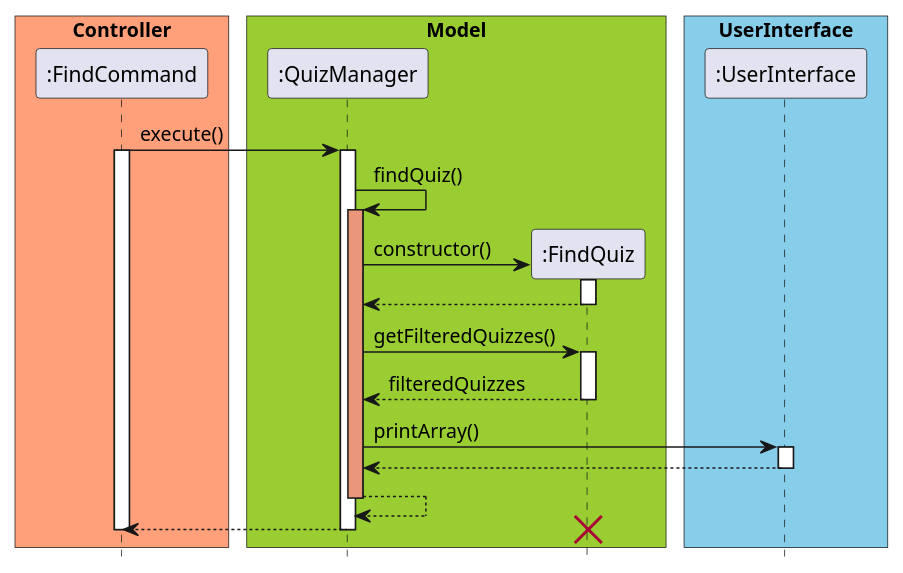
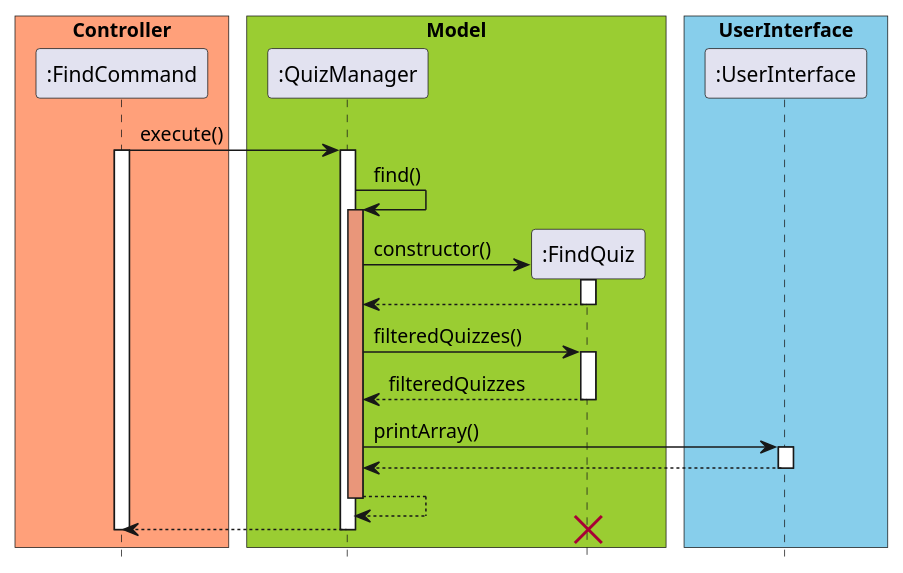
One commit to untitle4/tp changed the diagram in docs/plantuml/FindQuiz.puml. Above: the diagram before and after it, drawn with PlantUML. The commit also changed 4 other files, not shown here.

Commit message:
Update quiz UML diagrams for DG

```diff
--- a/docs/plantuml/FindQuiz.puml
+++ b/docs/plantuml/FindQuiz.puml
@@ -1,44 +1,44 @@
 @startuml
 
 skinparam ParticipantPadding 10
 skinparam BoxPadding 5
 hide footbox
 
 box "Controller" #LightSalmon
 participant ":FindCommand"
 end box
 
 box "Model" #YellowGreen
 participant ":QuizManager"
 participant ":FindQuiz"
 end box
 
 box "UserInterface" #skyblue
 participant ":UserInterface"
 end box
 
 ":FindCommand" -> ":QuizManager" : execute()
 activate ":FindCommand"
 activate ":QuizManager"
-":QuizManager" -> ":QuizManager" : findQuiz()
+":QuizManager" -> ":QuizManager" : find()
 activate ":QuizManager" #DarkSalmon
 ":QuizManager" -> ":FindQuiz" ** : constructor()
 activate ":FindQuiz"
 ":FindQuiz" --> ":QuizManager"
 deactivate ":FindQuiz"
-":QuizManager" -> ":FindQuiz" : getFilteredQuizzes()
+":QuizManager" -> ":FindQuiz" : filteredQuizzes()
 activate ":FindQuiz"
 ":FindQuiz" --> ":QuizManager" : filteredQuizzes
 deactivate ":FindQuiz"
 ":QuizManager" -> ":UserInterface" : printArray()
 activate ":UserInterface"
 ":UserInterface" --> ":QuizManager"
 deactivate ":UserInterface"
 ":QuizManager" --> ":QuizManager"
 deactivate ":QuizManager"
 ":QuizManager" --> ":FindCommand"
 deactivate ":QuizManager"
 deactivate ":FindCommand"
 destroy ":FindQuiz"
 
 @enduml
```
